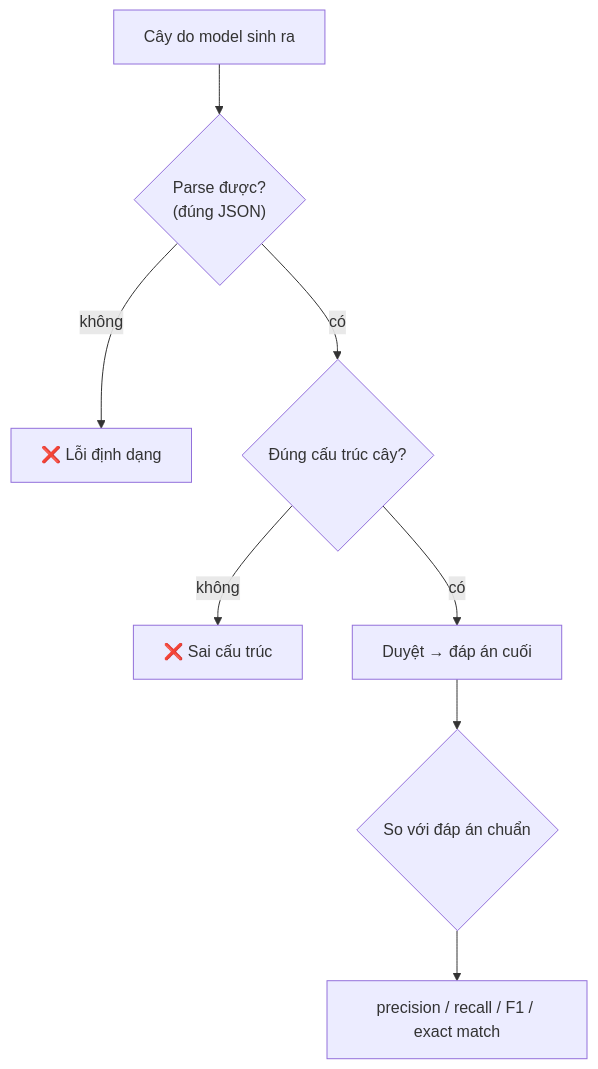
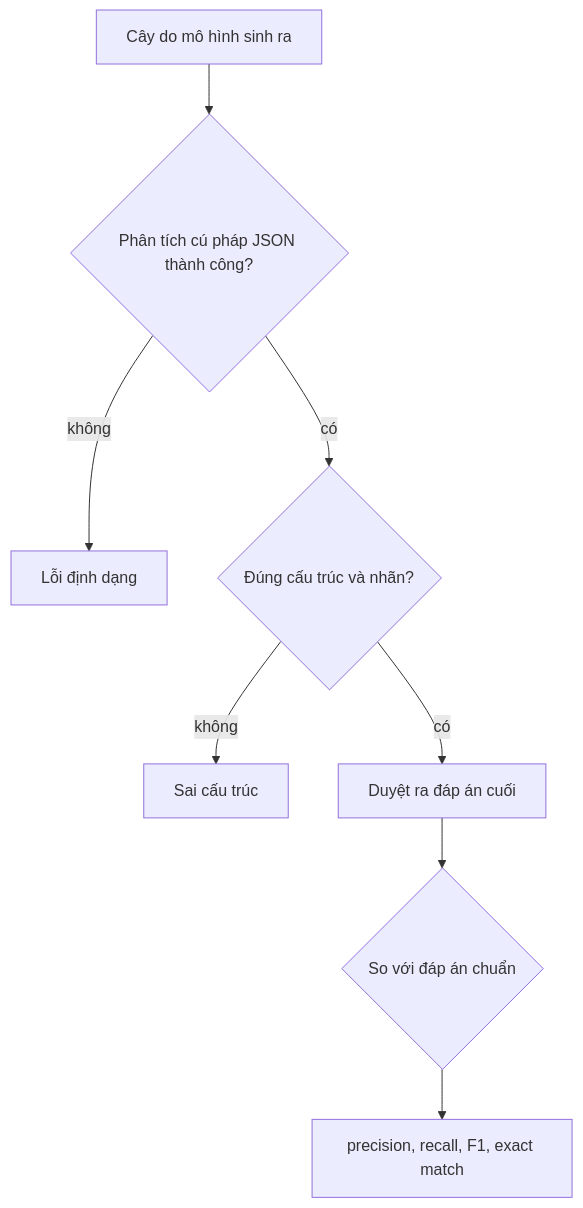
The seventh of 10 diagrams in docs/CONCEPT.md (vpthinh19/ontology-chatbot), drawn with Mermaid before and after one commit. The commit also changed other lines of this file, not shown here.

````diff
--- a/docs/CONCEPT.md
+++ b/docs/CONCEPT.md
@@ -272,10 +334,10 @@
 ```mermaid
 flowchart TD
-    O["Cây do model sinh ra"] --> P1{"Parse được?<br/>(đúng JSON)"}
-    P1 -- không --> X1["❌ Lỗi định dạng"]
-    P1 -- có --> P2{"Đúng cấu trúc cây?"}
-    P2 -- không --> X2["❌ Sai cấu trúc"]
-    P2 -- có --> P3["Duyệt → đáp án cuối"]
+    O["Cây do mô hình sinh ra"] --> P1{"Phân tích cú pháp JSON thành công?"}
+    P1 -- không --> X1["Lỗi định dạng"]
+    P1 -- có --> P2{"Đúng cấu trúc và nhãn?"}
+    P2 -- không --> X2["Sai cấu trúc"]
+    P2 -- có --> P3["Duyệt ra đáp án cuối"]
     P3 --> P4{"So với đáp án chuẩn"}
-    P4 --> M["precision / recall / F1 / exact match"]
+    P4 --> M["precision, recall, F1, exact match"]
 ```
````
